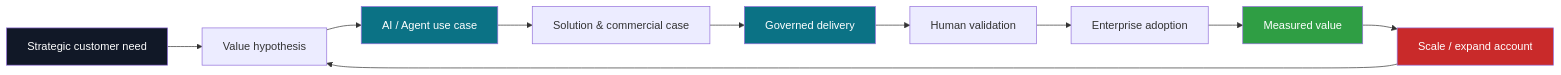
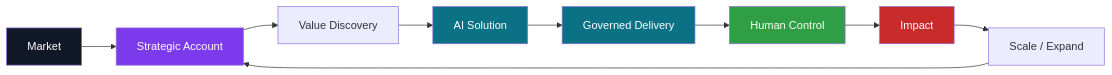
The first of 7 diagrams in README.md (psilva-git/enterprise-ai-delivery), drawn with Mermaid before and after one commit. The commit also changed other lines of this file, not shown here.

````diff
--- a/README.md
+++ b/README.md
@@ -32,18 +28,18 @@
 ```mermaid
 flowchart LR
-    A[Strategic customer need] --> B[Value hypothesis]
-    B --> C[AI / Agent use case]
-    C --> D[Solution & commercial case]
-    D --> E[Governed delivery]
-    E --> F[Human validation]
-    F --> G[Enterprise adoption]
-    G --> H[Measured value]
-    H --> I[Scale / expand account]
-    I --> B
+    M[Market] --> A[Strategic Account]
+    A --> V[Value Discovery]
+    V --> S[AI Solution]
+    S --> D[Governed Delivery]
+    D --> H[Human Control]
+    H --> I[Impact]
+    I --> X[Scale / Expand]
+    X --> A
 
-    style A fill:#111827,color:#fff
-    style C fill:#0B7285,color:#fff
-    style E fill:#0B7285,color:#fff
+    style M fill:#111827,color:#fff
+    style A fill:#7C3AED,color:#fff
+    style S fill:#0B7285,color:#fff
+    style D fill:#0B7285,color:#fff
     style H fill:#2F9E44,color:#fff
     style I fill:#C92A2A,color:#fff
 ```
````
